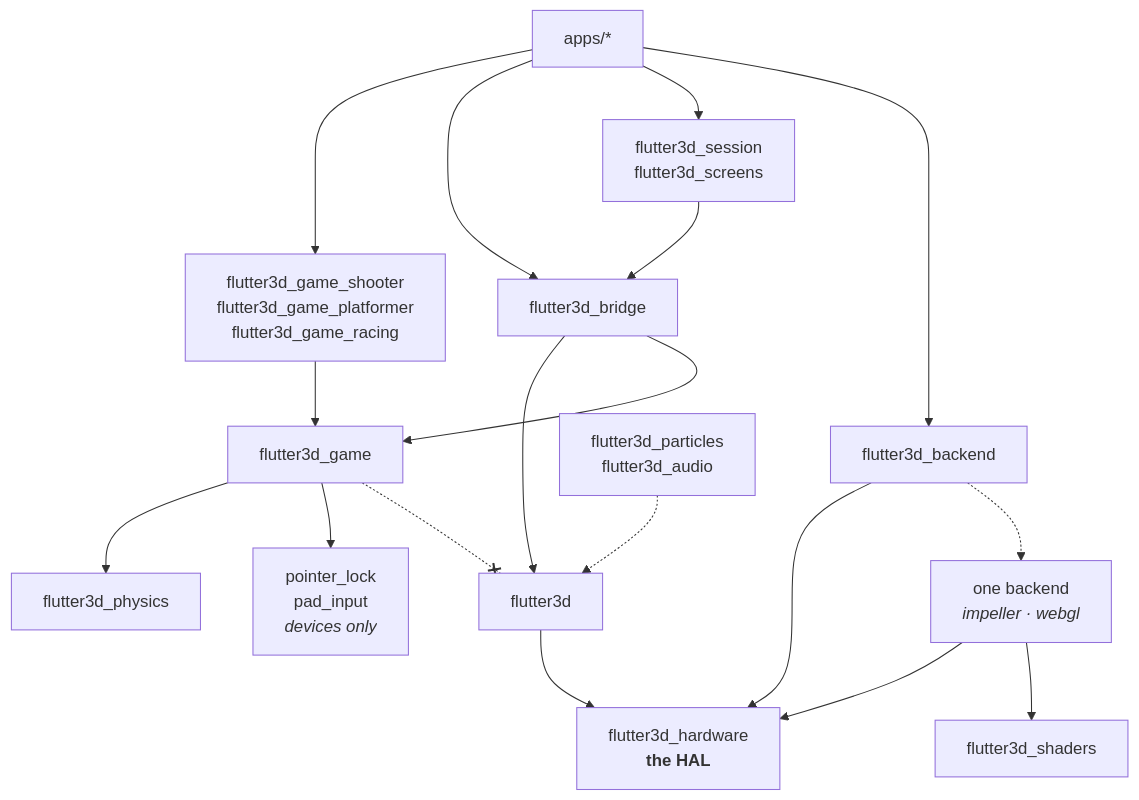
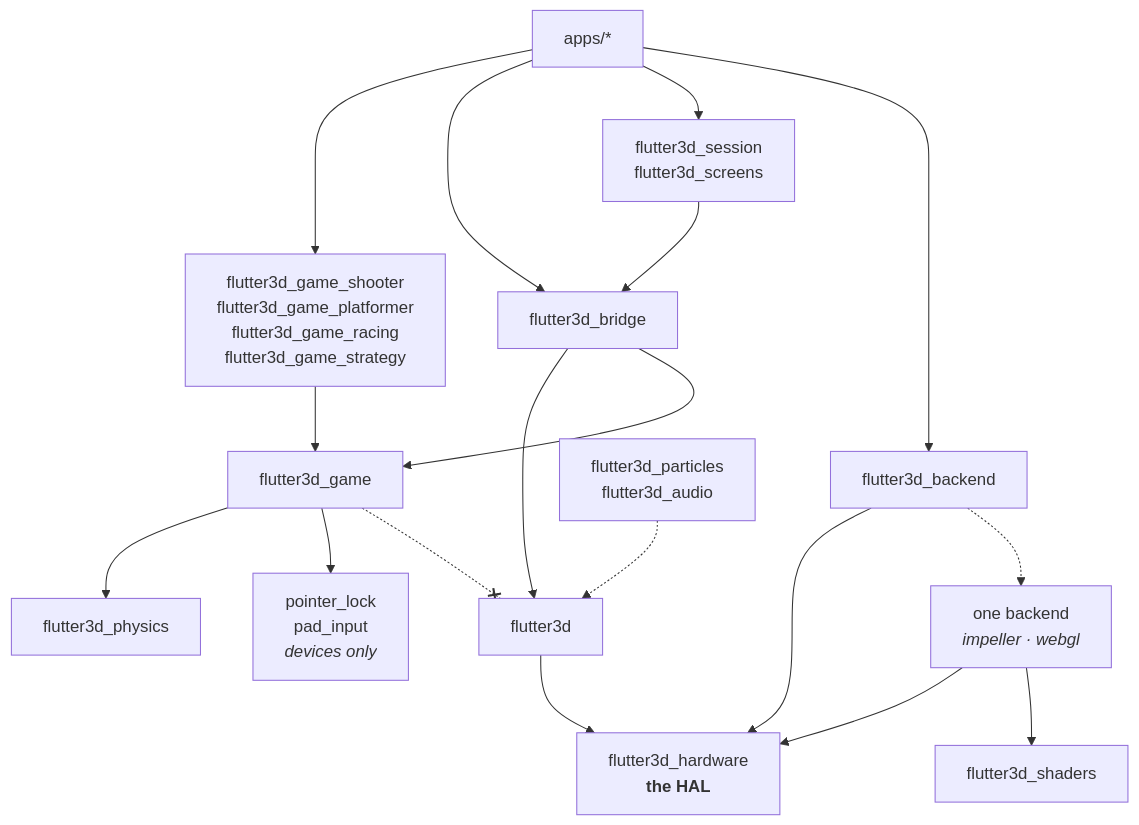
Before and after one commit to pleiondev/flutter3d: the diagram in site/content/reference/packages.md, drawn with Mermaid. The commit also changed other lines of this file and 7 other files, not shown here.

````diff
--- a/site/content/reference/packages.md
+++ b/site/content/reference/packages.md
@@ -233,22 +243,22 @@
 ```mermaid
 flowchart TB
-  apps["apps/*"] --> genres["flutter3d_game_shooter<br>flutter3d_game_platformer<br>flutter3d_game_racing"]
+  apps["apps/*"] --> genres["flutter3d_game_shooter<br>flutter3d_game_platformer<br>flutter3d_game_racing<br>flutter3d_game_strategy"]
   apps --> bridge["flutter3d_bridge"]
   apps --> session["flutter3d_session<br>flutter3d_screens"]
   apps --> picker["flutter3d_backend"]
   picker --> gfx["flutter3d_hardware<br><b>the HAL</b>"]
   picker -.-> onebackend["one backend<br><i>impeller · webgl</i>"]
   session --> bridge
   genres --> game["flutter3d_game"]
   bridge --> engine["flutter3d"]
   bridge --> game
   game --> physics["flutter3d_physics"]
   engine --> gfx
   onebackend --> gfx
   onebackend --> shaders["flutter3d_shaders"]
   extras["flutter3d_particles<br>flutter3d_audio"] -.-> engine
   game --> devices["pointer_lock<br>pad_input<br><i>devices only</i>"]
 
   classDef forbidden stroke-dasharray: 4 3
   game -.-x engine
 ```
````
